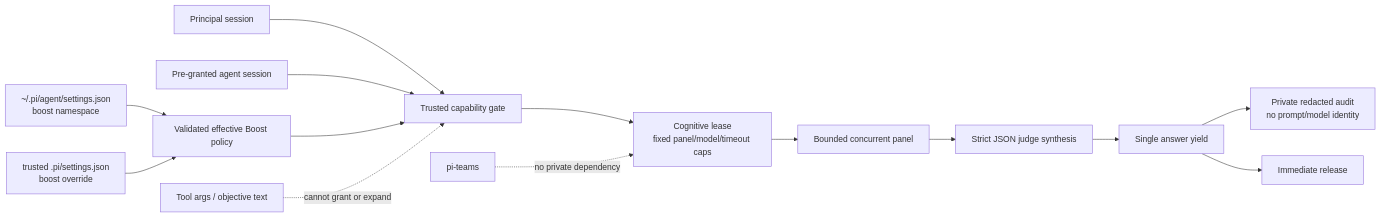
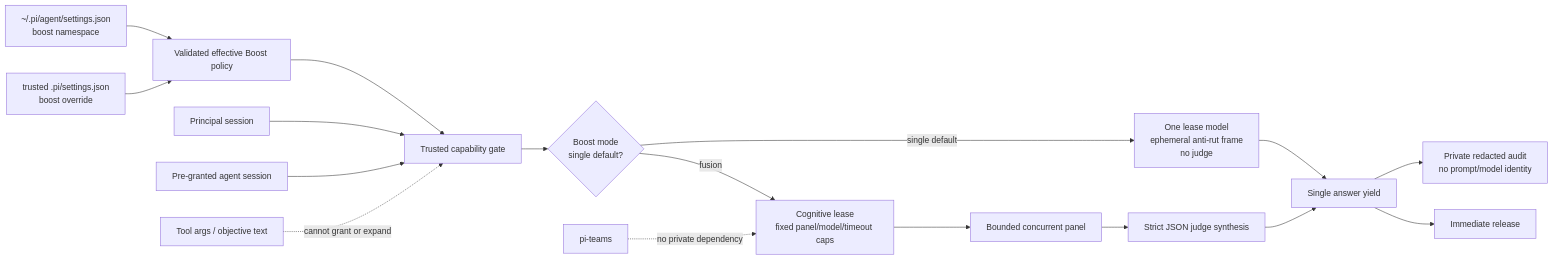
One commit to tS7hKamAYL84j91/pi-tools-and-skills changed the third of 29 diagrams in docs/architecture.md. Above: the diagram before and after it, drawn with Mermaid. The commit also changed other lines of this file and 14 other files, not shown here.

First line of the commit message:
feat(pi-boost): ADR-052 single-model lease default, agent self-boost settings, line-budget module splits

````diff
--- a/docs/architecture.md
+++ b/docs/architecture.md
@@ -159,16 +159,22 @@
 ```mermaid
 flowchart LR
   Global[~/.pi/agent/settings.json\nboost namespace] --> Resolve[Validated effective Boost policy]
   Project[trusted .pi/settings.json\nboost override] --> Resolve
   Principal[Principal session] --> Gate[Trusted capability gate]
   Agent[Pre-granted agent session] --> Gate
   Resolve --> Gate
-  Gate --> Lease[Cognitive lease\nfixed panel/model/timeout caps]
+  Gate --> Mode{Boost mode
+  single default?}
+  Mode -->|single default| Single[One lease model
+ephemeral anti-rut frame
+no judge]
+  Mode -->|fusion| Lease[Cognitive lease\nfixed panel/model/timeout caps]
   Lease --> Panel[Bounded concurrent panel]
   Panel --> Judge[Strict JSON judge synthesis]
   Judge --> Yield[Single answer yield]
+  Single --> Yield
   Yield --> Audit[Private redacted audit\nno prompt/model identity]
   Yield --> Release[Immediate release]
   CallerText[Tool args / objective text] -. cannot grant or expand .-> Gate
   Teams[pi-teams] -. no private dependency .-> Lease
 ```
````
